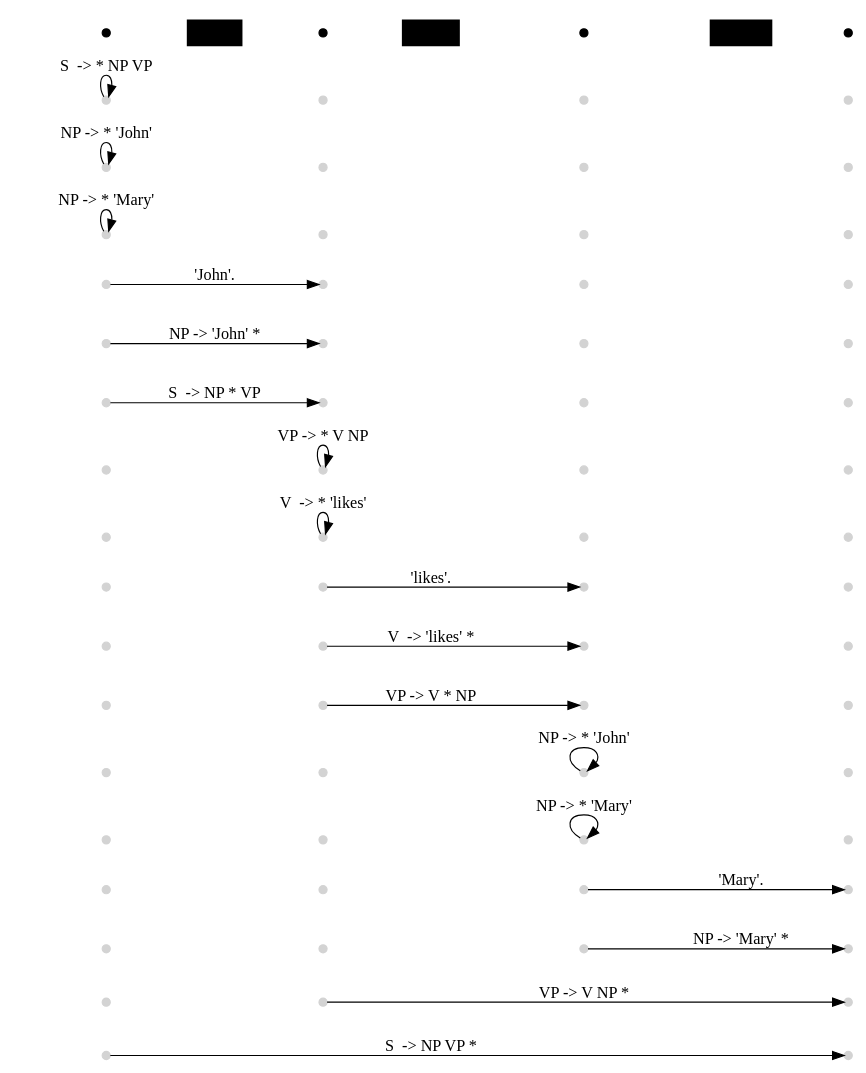
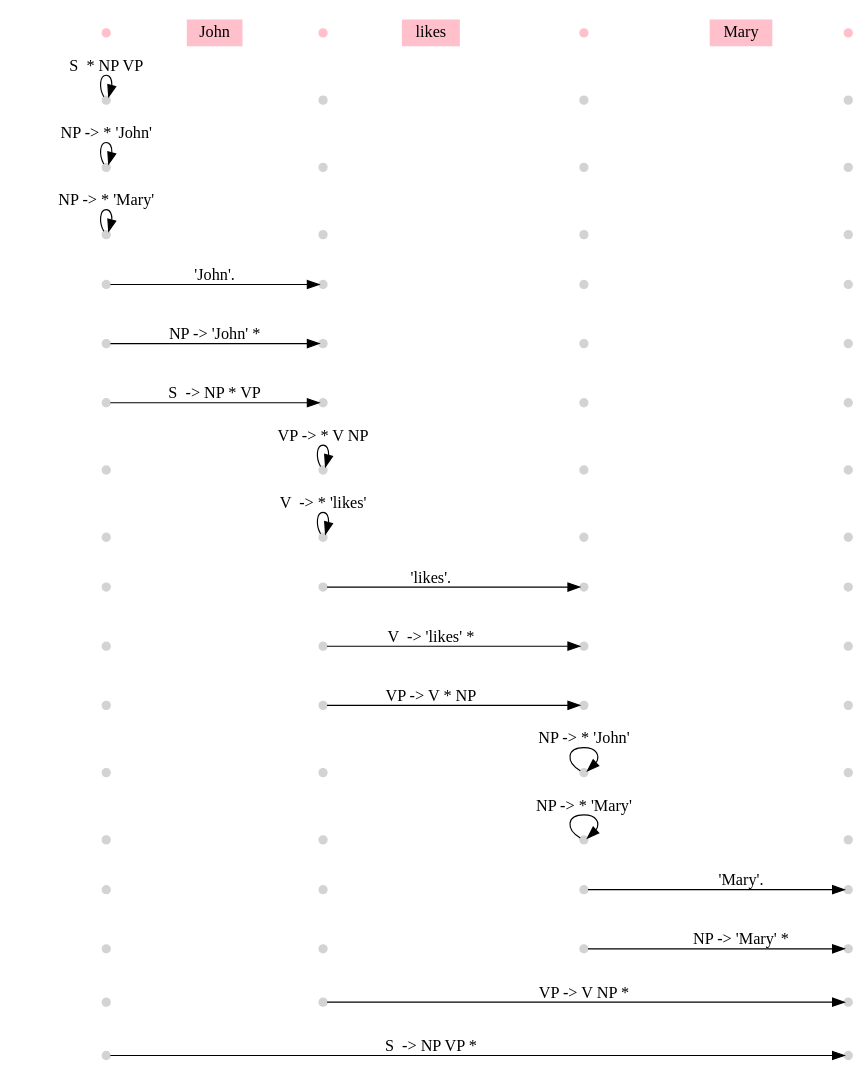
Before and after one commit to nltk/nltk_book: the diagram in images/chart_top_down.dot, drawn with Graphviz. The commit also changed 29 other files, not shown here.

```diff
--- a/images/chart_top_down.dot
+++ b/images/chart_top_down.dot
@@ -1,140 +1,140 @@
 digraph nltk_chart {
   rankdir=LR;
   node [height=0.1,width=0.1];
   node [style=filled, color="lightgray"];
   0000.0017 [label=""];
   0003.0017 [label=""];
   0000.0016 [label=""];
   0001.0016 [label=""];
   0003.0016 [label=""];
   0000.0015 [label=""];
   0001.0015 [label=""];
   0002.0015 [label=""];
   0003.0015 [label=""];
   0000.0014 [label=""];
   0001.0014 [label=""];
   0002.0014 [label=""];
   0003.0014 [label=""];
   0000.0013 [label=""];
   0001.0013 [label=""];
   0002.0013 [label=""];
   0003.0013 [label=""];
   0000.0012 [label=""];
   0001.0012 [label=""];
   0002.0012 [label=""];
   0003.0012 [label=""];
   0000.0011 [label=""];
   0001.0011 [label=""];
   0002.0011 [label=""];
   0003.0011 [label=""];
   0000.0010 [label=""];
   0001.0010 [label=""];
   0002.0010 [label=""];
   0003.0010 [label=""];
   0000.0009 [label=""];
   0001.0009 [label=""];
   0002.0009 [label=""];
   0003.0009 [label=""];
   0000.0008 [label=""];
   0001.0008 [label=""];
   0002.0008 [label=""];
   0003.0008 [label=""];
   0000.0007 [label=""];
   0001.0007 [label=""];
   0002.0007 [label=""];
   0003.0007 [label=""];
   0000.0006 [label=""];
   0001.0006 [label=""];
   0002.0006 [label=""];
   0003.0006 [label=""];
   0000.0005 [label=""];
   0001.0005 [label=""];
   0002.0005 [label=""];
   0003.0005 [label=""];
   0000.0004 [label=""];
   0001.0004 [label=""];
   0002.0004 [label=""];
   0003.0004 [label=""];
   0000.0003 [label=""];
   0001.0003 [label=""];
   0002.0003 [label=""];
   0003.0003 [label=""];
   0000.0002 [label=""];
   0001.0002 [label=""];
   0002.0002 [label=""];
   0003.0002 [label=""];
   0000.0001 [label=""];
   0001.0001 [label=""];
   0002.0001 [label=""];
   0003.0001 [label=""];
-  node [style=filled, color="black"];
+  node [style=filled, color="pink"];
   0000.0000 [label=""];
   0001.0000 [label=""];
   0002.0000 [label=""];
   0003.0000 [label=""];
   x [style=invis]; x->0000.0000 [style=invis];
   {rank=same; 0000.0000 0000.0001 0000.0002 0000.0003 0000.0004 0000.0005 0000.0006 0000.0007 0000.0008 0000.0009 0000.0010 0000.0011 0000.0012 0000.0013 0000.0014 0000.0015 0000.0016 0000.0017}
   {rank=same; 0001.0000 0001.0001 0001.0002 0001.0003 0001.0004 0001.0005 0001.0006 0001.0007 0001.0008 0001.0009 0001.0010 0001.0011 0001.0012 0001.0013 0001.0014 0001.0015 0001.0016}
   {rank=same; 0002.0000 0002.0001 0002.0002 0002.0003 0002.0004 0002.0005 0002.0006 0002.0007 0002.0008 0002.0009 0002.0010 0002.0011 0002.0012 0002.0013 0002.0014 0002.0015}
   {rank=same; 0003.0000 0003.0001 0003.0002 0003.0003 0003.0004 0003.0005 0003.0006 0003.0007 0003.0008 0003.0009 0003.0010 0003.0011 0003.0012 0003.0013 0003.0014 0003.0015 0003.0016 0003.0017}
   edge [style=invis, weight=100];
   node [shape=plaintext]
   0000.0000->John->0001.0000->likes->0002.0000->Mary->0003.0000;
 
   edge [style=solid, weight=1];
-  0000.0001 -> 0000.0001 [label="S  -> * NP VP"];
+  0000.0001 -> 0000.0001 [label="S  * NP VP"];
   0000.0001 -> 0001.0001 [style="invis"];
   0001.0001 -> 0002.0001 [style="invis"];
   0002.0001 -> 0003.0001 [style="invis"];
   0000.0002 -> 0000.0002 [label="NP -> * 'John'"];
   0000.0002 -> 0001.0002 [style="invis"];
   0001.0002 -> 0002.0002 [style="invis"];
   0002.0002 -> 0003.0002 [style="invis"];
   0000.0003 -> 0000.0003 [label="NP -> * 'Mary'"];
   0000.0003 -> 0001.0003 [style="invis"];
   0001.0003 -> 0002.0003 [style="invis"];
   0002.0003 -> 0003.0003 [style="invis"];
   0000.0004 -> 0001.0004 [label="'John'."];
   0001.0004 -> 0002.0004 [style="invis"];
   0002.0004 -> 0003.0004 [style="invis"];
   0000.0005 -> 0001.0005 [label="NP -> 'John' *"];
   0001.0005 -> 0002.0005 [style="invis"];
   0002.0005 -> 0003.0005 [style="invis"];
   0000.0006 -> 0001.0006 [label="S  -> NP * VP"];
   0001.0006 -> 0002.0006 [style="invis"];
   0002.0006 -> 0003.0006 [style="invis"];
   0000.0007 -> 0001.0007 [style="invis"];
   0001.0007 -> 0001.0007 [label="VP -> * V NP"];
   0001.0007 -> 0002.0007 [style="invis"];
   0002.0007 -> 0003.0007 [style="invis"];
   0000.0008 -> 0001.0008 [style="invis"];
   0001.0008 -> 0001.0008 [label="V  -> * 'likes'"];
   0001.0008 -> 0002.0008 [style="invis"];
   0002.0008 -> 0003.0008 [style="invis"];
   0000.0009 -> 0001.0009 [style="invis"];
   0001.0009 -> 0002.0009 [label="'likes'."];
   0002.0009 -> 0003.0009 [style="invis"];
   0000.0010 -> 0001.0010 [style="invis"];
   0001.0010 -> 0002.0010 [label="V  -> 'likes' *"];
   0002.0010 -> 0003.0010 [style="invis"];
   0000.0011 -> 0001.0011 [style="invis"];
   0001.0011 -> 0002.0011 [label="VP -> V * NP"];
   0002.0011 -> 0003.0011 [style="invis"];
   0000.0012 -> 0001.0012 [style="invis"];
   0001.0012 -> 0002.0012 [style="invis"];
   0002.0012 -> 0002.0012 [label="NP -> * 'John'"];
   0002.0012 -> 0003.0012 [style="invis"];
   0000.0013 -> 0001.0013 [style="invis"];
   0001.0013 -> 0002.0013 [style="invis"];
   0002.0013 -> 0002.0013 [label="NP -> * 'Mary'"];
   0002.0013 -> 0003.0013 [style="invis"];
   0000.0014 -> 0001.0014 [style="invis"];
   0001.0014 -> 0002.0014 [style="invis"];
   0002.0014 -> 0003.0014 [label="'Mary'."];
   0000.0015 -> 0001.0015 [style="invis"];
   0001.0015 -> 0002.0015 [style="invis"];
   0002.0015 -> 0003.0015 [label="NP -> 'Mary' *"];
   0000.0016 -> 0001.0016 [style="invis"];
   0001.0016 -> 0003.0016 [label="VP -> V NP *"];
   0000.0017 -> 0003.0017 [label="S  -> NP VP *"];
 }
```
